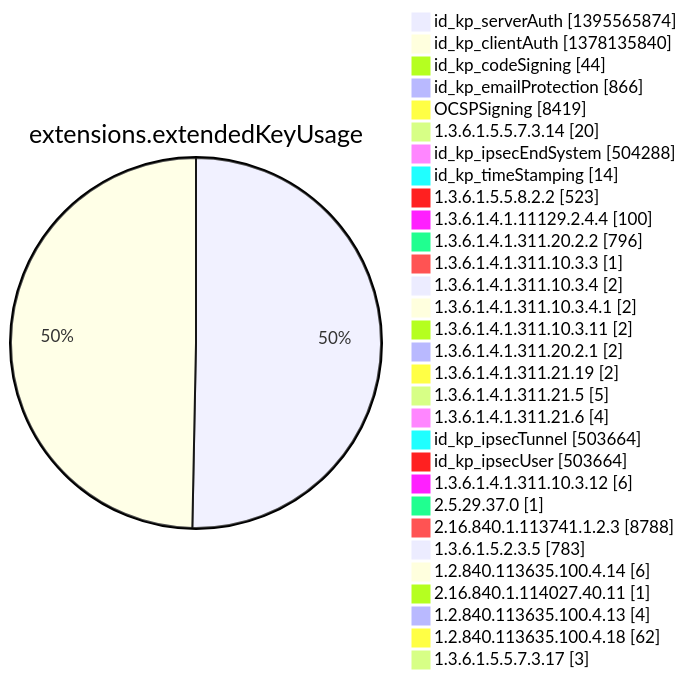
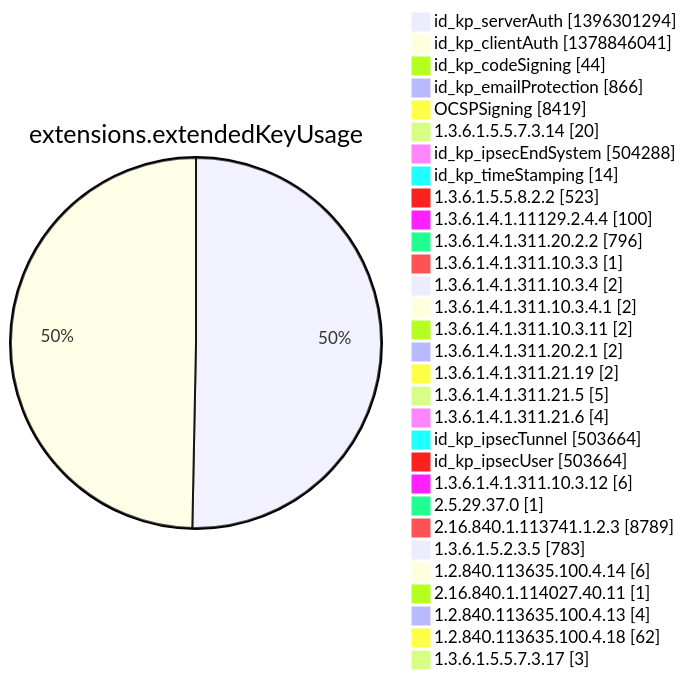
One commit to christiankrug/ctmonitor_visualization changed diagram 12 of 15 in argon2022/README.md. Above: the diagram before and after it, drawn with Mermaid. The commit also changed other lines of this file, not shown here.

````diff
--- a/argon2022/README.md
+++ b/argon2022/README.md
@@ -3554,34 +3554,34 @@
 ```mermaid
 pie showData
 title extensions.extendedKeyUsage
-"id_kp_serverAuth" :1395565874
-"id_kp_clientAuth" :1378135840
+"id_kp_serverAuth" :1396301294
+"id_kp_clientAuth" :1378846041
 "id_kp_codeSigning" :44
 "id_kp_emailProtection" :866
 "OCSPSigning" :8419
 "1.3.6.1.5.5.7.3.14" :20
 "id_kp_ipsecEndSystem" :504288
 "id_kp_timeStamping" :14
 "1.3.6.1.5.5.8.2.2" :523
 "1.3.6.1.4.1.11129.2.4.4" :100
 "1.3.6.1.4.1.311.20.2.2" :796
 "1.3.6.1.4.1.311.10.3.3" :1
 "1.3.6.1.4.1.311.10.3.4" :2
 "1.3.6.1.4.1.311.10.3.4.1" :2
 "1.3.6.1.4.1.311.10.3.11" :2
 "1.3.6.1.4.1.311.20.2.1" :2
 "1.3.6.1.4.1.311.21.19" :2
 "1.3.6.1.4.1.311.21.5" :5
 "1.3.6.1.4.1.311.21.6" :4
 "id_kp_ipsecTunnel" :503664
 "id_kp_ipsecUser" :503664
 "1.3.6.1.4.1.311.10.3.12" :6
 "2.5.29.37.0" :1
-"2.16.840.1.113741.1.2.3" :8788
+"2.16.840.1.113741.1.2.3" :8789
 "1.3.6.1.5.2.3.5" :783
 "1.2.840.113635.100.4.14" :6
 "2.16.840.1.114027.40.11" :1
 "1.2.840.113635.100.4.13" :4
 "1.2.840.113635.100.4.18" :62
 "1.3.6.1.5.5.7.3.17" :3
 ```
````
